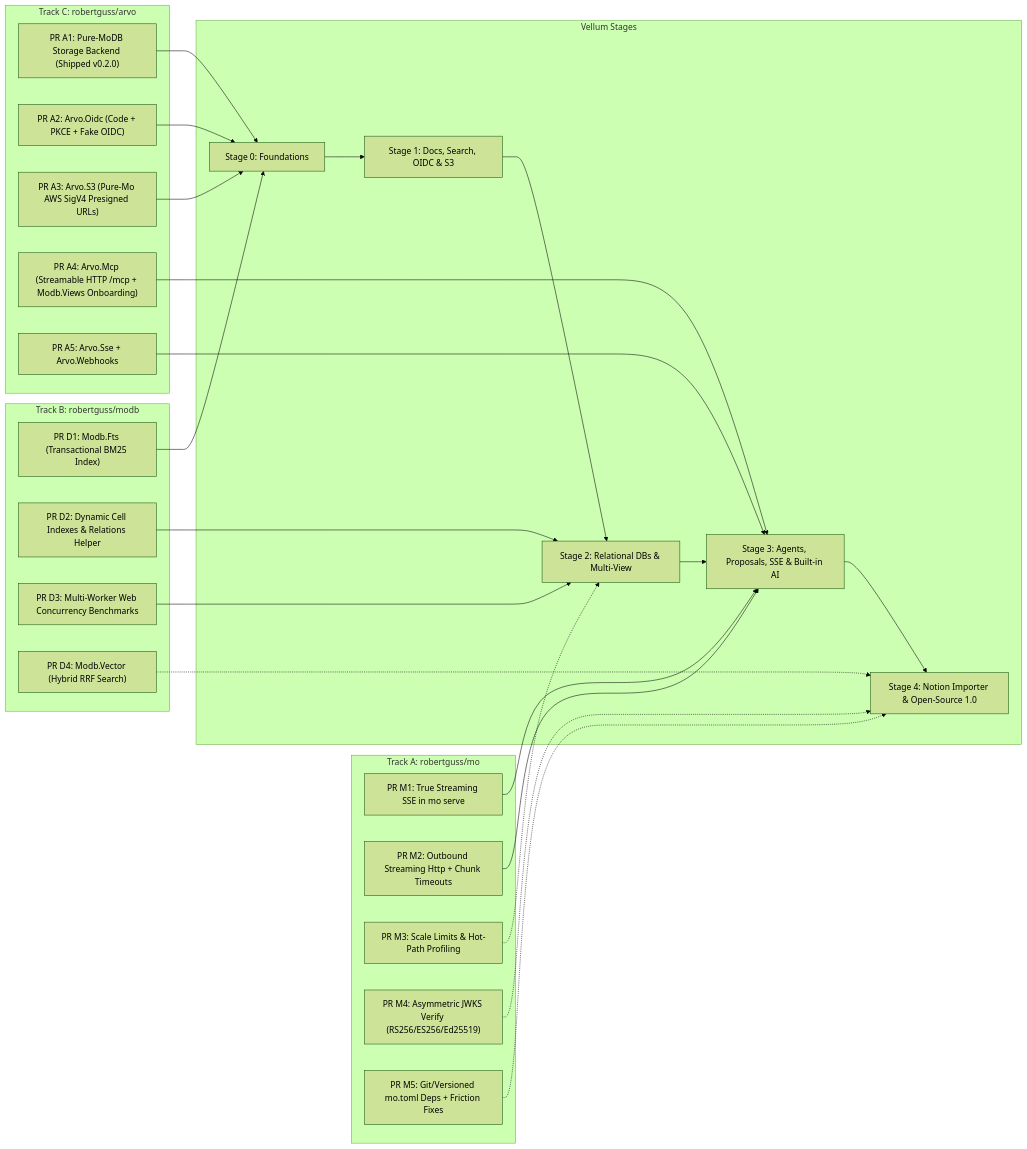
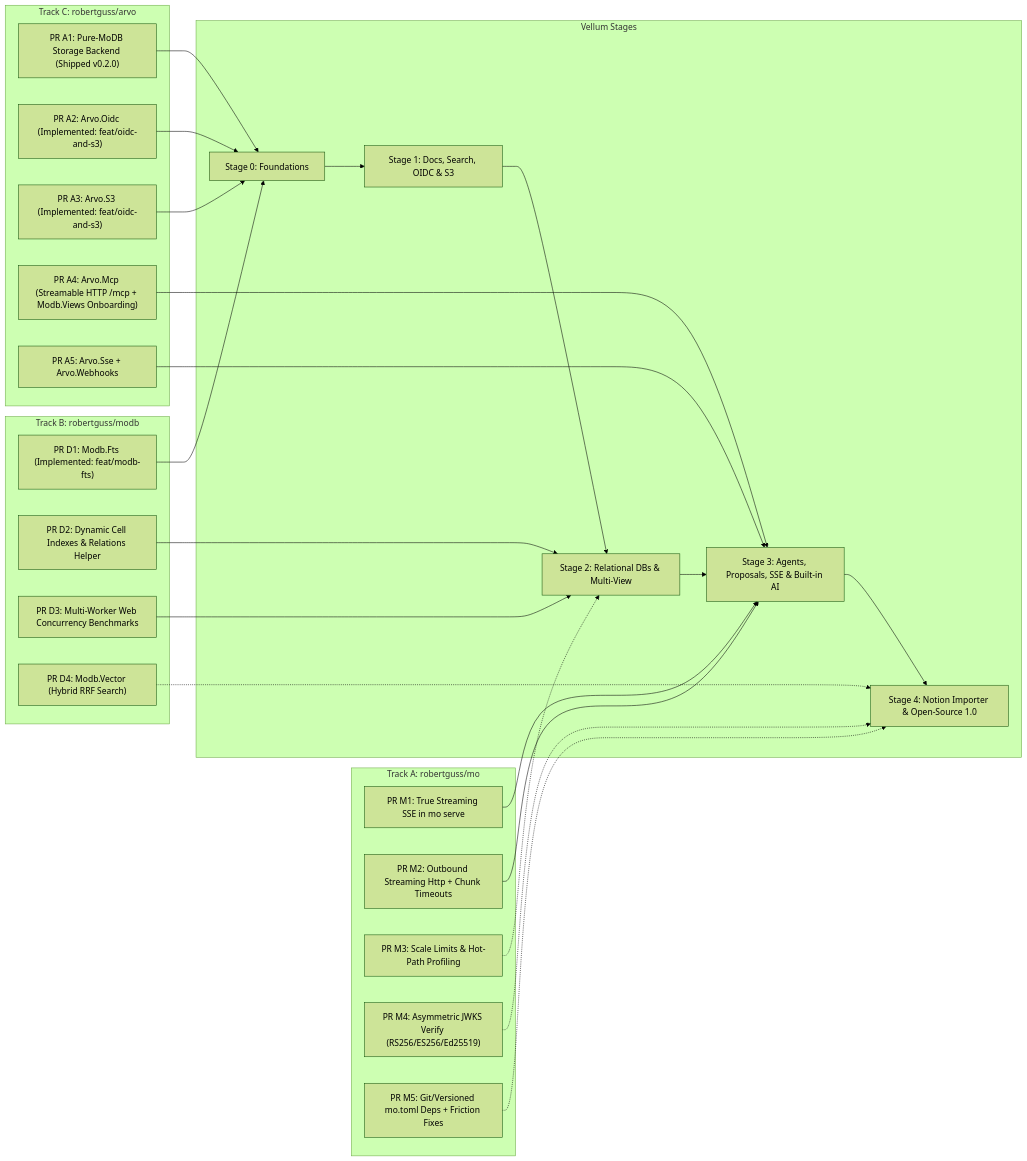
The diagram in docs/upstream-roadmap.md (robertguss/vellum), drawn with Mermaid (forest theme) before and after one commit. The commit also changed other lines of this file, not shown here.

Commit message:
Record Stage 0 foundations completed across mo, modb, and arvo

````diff
--- a/docs/upstream-roadmap.md
+++ b/docs/upstream-roadmap.md
@@ -10,49 +10,49 @@
 ```mermaid
 flowchart LR
   subgraph Mo["Track A: robertguss/mo"]
     M1["PR M1: True Streaming SSE in mo serve"]
     M2["PR M2: Outbound Streaming Http + Chunk Timeouts"]
     M3["PR M3: Scale Limits & Hot-Path Profiling"]
     M4["PR M4: Asymmetric JWKS Verify (RS256/ES256/Ed25519)"]
     M5["PR M5: Git/Versioned mo.toml Deps + Friction Fixes"]
   end
 
   subgraph MoDB["Track B: robertguss/modb"]
-    D1["PR D1: Modb.Fts (Transactional BM25 Index)"]
+    D1["PR D1: Modb.Fts (Implemented: feat/modb-fts)"]
     D2["PR D2: Dynamic Cell Indexes & Relations Helper"]
     D3["PR D3: Multi-Worker Web Concurrency Benchmarks"]
     D4["PR D4: Modb.Vector (Hybrid RRF Search)"]
   end
 
   subgraph Arvo["Track C: robertguss/arvo"]
     A1["PR A1: Pure-MoDB Storage Backend (Shipped v0.2.0)"]
-    A2["PR A2: Arvo.Oidc (Code + PKCE + Fake OIDC)"]
-    A3["PR A3: Arvo.S3 (Pure-Mo AWS SigV4 Presigned URLs)"]
+    A2["PR A2: Arvo.Oidc (Implemented: feat/oidc-and-s3)"]
+    A3["PR A3: Arvo.S3 (Implemented: feat/oidc-and-s3)"]
     A4["PR A4: Arvo.Mcp (Streamable HTTP /mcp + Modb.Views Onboarding)"]
     A5["PR A5: Arvo.Sse + Arvo.Webhooks"]
   end
 
   subgraph Vellum["Vellum Stages"]
     S0["Stage 0: Foundations"]
     S1["Stage 1: Docs, Search, OIDC & S3"]
     S2["Stage 2: Relational DBs & Multi-View"]
     S3["Stage 3: Agents, Proposals, SSE & Built-in AI"]
     S4["Stage 4: Notion Importer & Open-Source 1.0"]
   end
 
   A1 --> S0
   A2 --> S0
   A3 --> S0
   D1 --> S0
   M1 --> S3
   M2 --> S3
   D2 --> S2
   D3 --> S2
   A4 --> S3
   A5 --> S3
   S0 --> S1 --> S2 --> S3 --> S4
   M3 -.-> S2
   M4 -.-> S4
   M5 -.-> S4
   D4 -.-> S4
 ```
````
